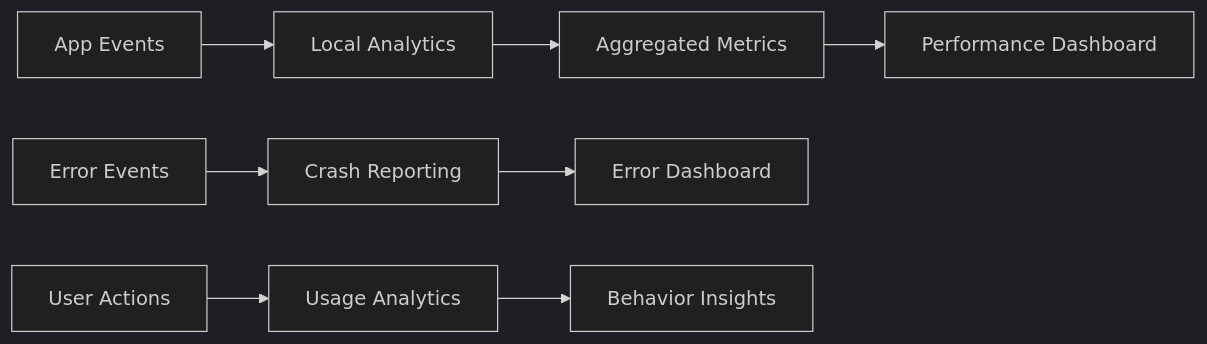
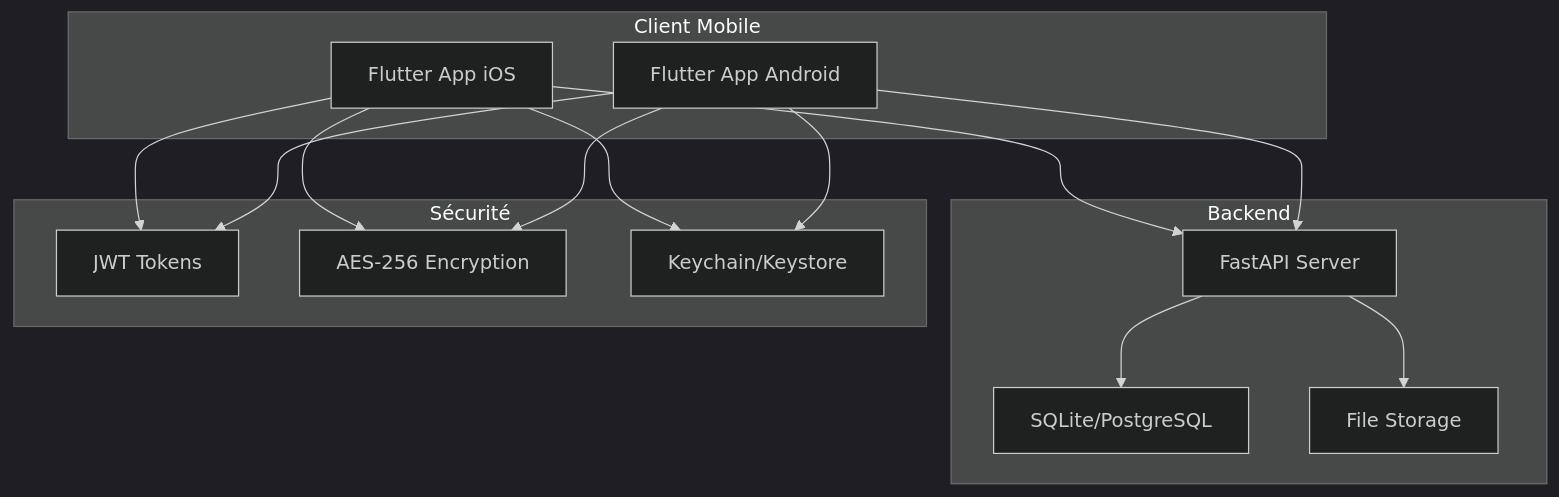
One commit to arkalia-luna-system/arkalia-cia changed the ninth of 9 diagrams in docs/ARCHITECTURE.md. Above: the diagram before and after it, drawn with Mermaid (dark theme). The commit also changed other lines of this file and 32 other files, not shown here.

````diff
--- a/docs/ARCHITECTURE.md
+++ b/docs/ARCHITECTURE.md
@@ -431,12 +377,30 @@
 ```mermaid
-graph LR
-    A[App Events] --> B[Local Analytics]
-    B --> C[Aggregated Metrics]
-    C --> D[Performance Dashboard]
+graph TB
+    subgraph "Client Mobile"
+        A[Flutter App iOS]
+        B[Flutter App Android]
+    end
 
-    E[Error Events] --> F[Crash Reporting]
-    F --> G[Error Dashboard]
+    subgraph "Backend"
+        C[FastAPI Server]
+        D[SQLite/PostgreSQL]
+        E[File Storage]
+    end
 
-    H[User Actions] --> I[Usage Analytics]
-    I --> J[Behavior Insights]
+    subgraph "Sécurité"
+        F[JWT Tokens]
+        G[AES-256 Encryption]
+        H[Keychain/Keystore]
+    end
+
+    A --> C
+    B --> C
+    C --> D
+    C --> E
+    A --> F
+    B --> F
+    A --> G
+    B --> G
+    A --> H
+    B --> H
 ```
````
